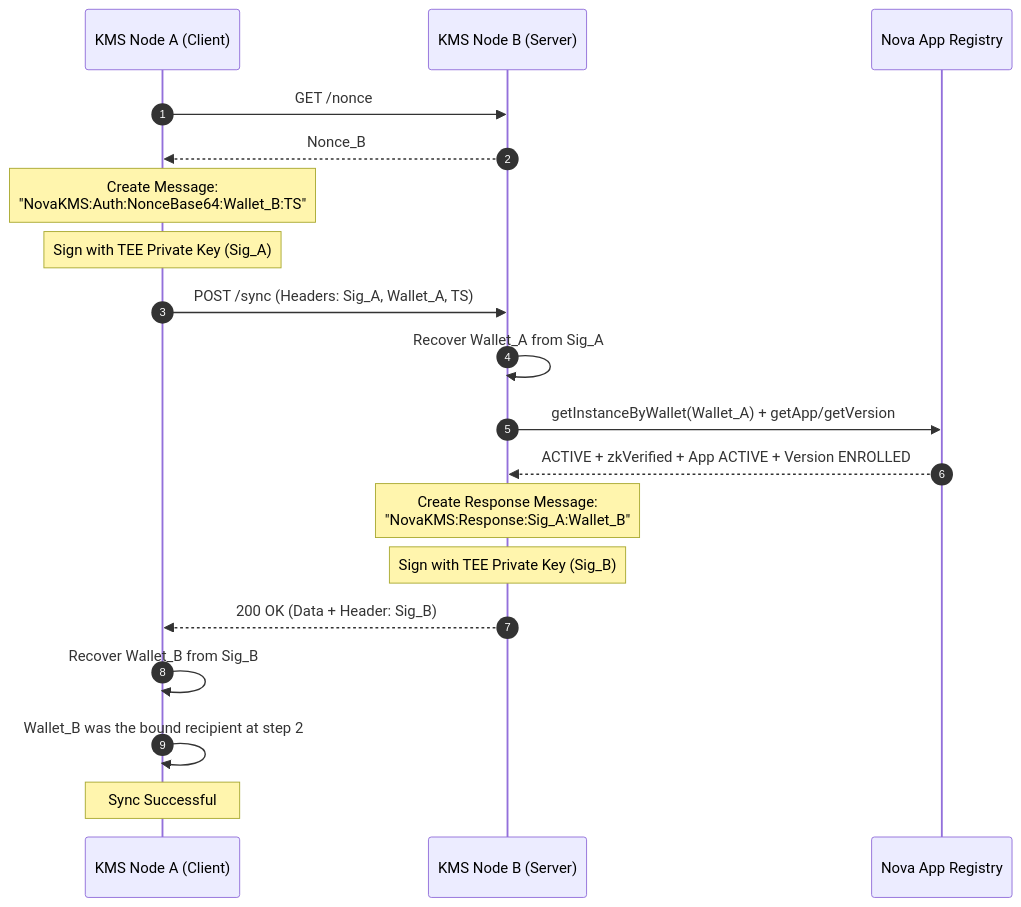
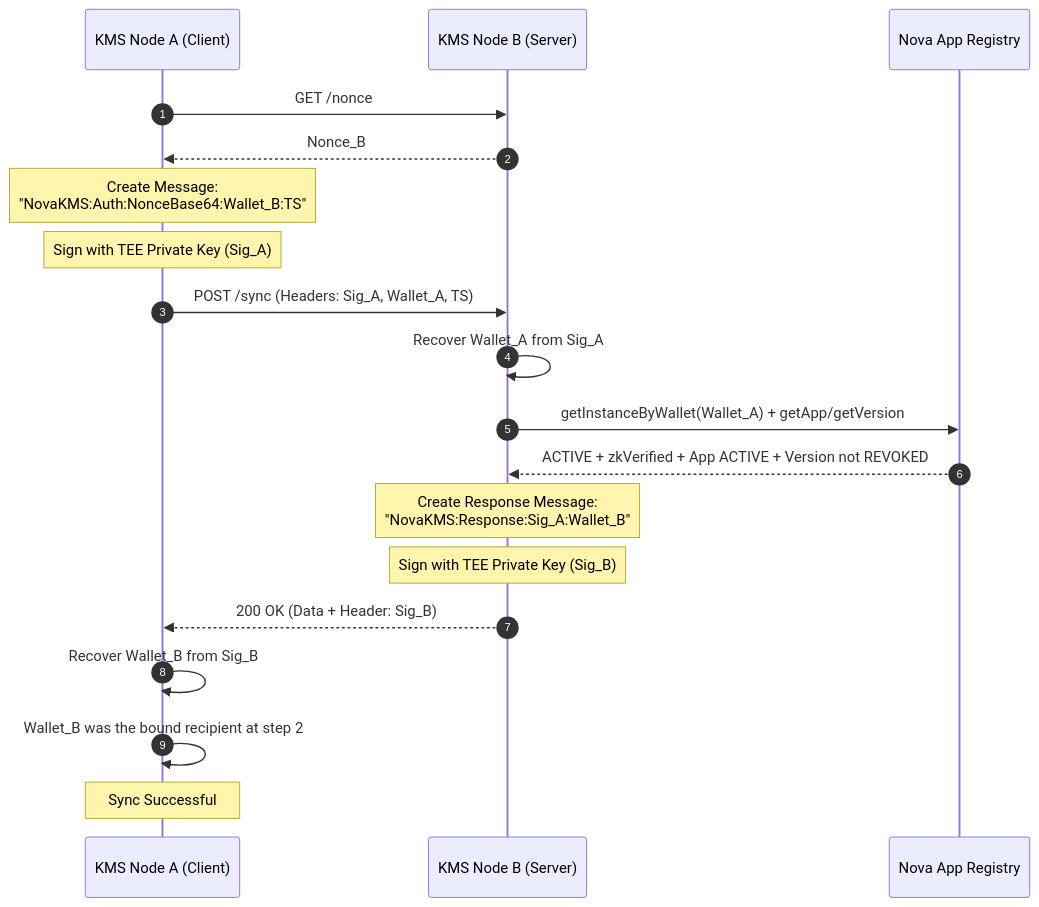
Before and after one commit to sparsity-xyz/nova-kms: the fourth of 5 diagrams in docs/kms-core-workflows.md, drawn with Mermaid. The commit also changed other lines of this file and 9 other files, not shown here.

````diff
--- a/docs/kms-core-workflows.md
+++ b/docs/kms-core-workflows.md
@@ -223,28 +222,28 @@
 ```mermaid
 sequenceDiagram
     autonumber
     participant A as KMS Node A (Client)
     participant B as KMS Node B (Server)
     participant AppReg as Nova App Registry
 
     A->>B: GET /nonce
     B-->>A: Nonce_B
     
     Note over A: Create Message:<br/>"NovaKMS:Auth:NonceBase64:Wallet_B:TS"
     Note over A: Sign with TEE Private Key (Sig_A)
     
     A->>B: POST /sync (Headers: Sig_A, Wallet_A, TS)
     
     B->>B: Recover Wallet_A from Sig_A
     B->>AppReg: getInstanceByWallet(Wallet_A) + getApp/getVersion
-    AppReg-->>B: ACTIVE + zkVerified + App ACTIVE + Version ENROLLED
+    AppReg-->>B: ACTIVE + zkVerified + App ACTIVE + Version not REVOKED
     
     Note over B: Create Response Message:<br/>"NovaKMS:Response:Sig_A:Wallet_B"
     Note over B: Sign with TEE Private Key (Sig_B)
     
     B-->>A: 200 OK (Data + Header: Sig_B)
     
     A->>A: Recover Wallet_B from Sig_B
     A->>A: Wallet_B was the bound recipient at step 2
     Note over A: Sync Successful
 ```
````
